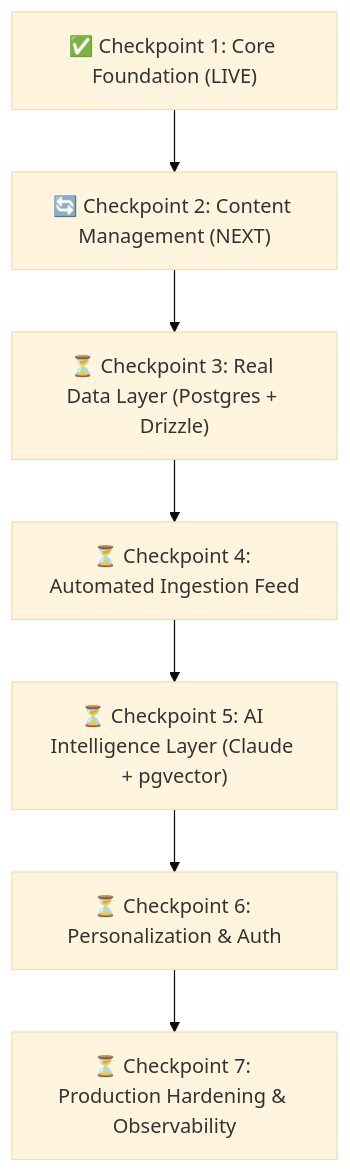
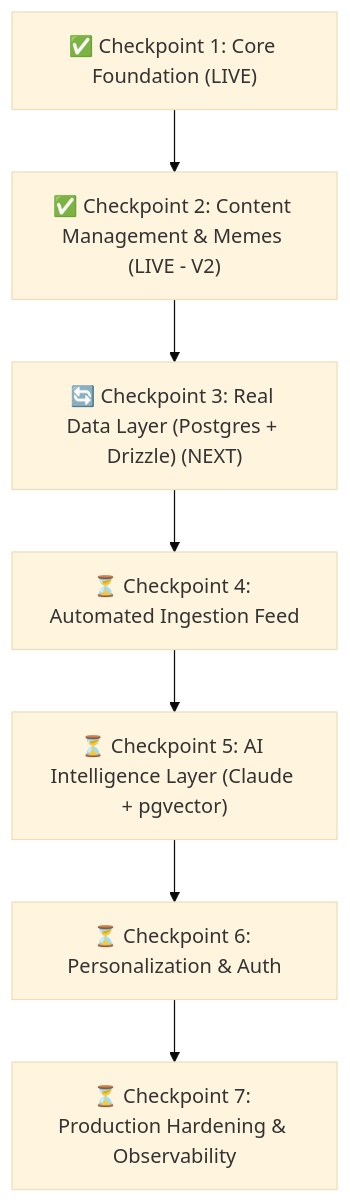
One commit to Ashish73653/promptNprod changed the diagram in ROADMAP_AND_STATUS.md. Above: the diagram before and after it, drawn with Mermaid (base theme). The commit also changed other lines of this file and 3 other files, not shown here.

Commit message:
chore(release): update platform version to V2 and advance roadmap checkpoints

````diff
--- a/ROADMAP_AND_STATUS.md
+++ b/ROADMAP_AND_STATUS.md
@@ -105,9 +105,9 @@
 ```mermaid
 graph TD
-    CP1["✅ Checkpoint 1: Core Foundation (LIVE)"] --> CP2["🔄 Checkpoint 2: Content Management (NEXT)"]
-    CP2 --> CP3["⏳ Checkpoint 3: Real Data Layer (Postgres + Drizzle)"]
+    CP1["✅ Checkpoint 1: Core Foundation (LIVE)"] --> CP2["✅ Checkpoint 2: Content Management & Memes (LIVE - V2)"]
+    CP2 --> CP3["🔄 Checkpoint 3: Real Data Layer (Postgres + Drizzle) (NEXT)"]
     CP3 --> CP4["⏳ Checkpoint 4: Automated Ingestion Feed"]
     CP4 --> CP5["⏳ Checkpoint 5: AI Intelligence Layer (Claude + pgvector)"]
     CP5 --> CP6["⏳ Checkpoint 6: Personalization & Auth"]
     CP6 --> CP7["⏳ Checkpoint 7: Production Hardening & Observability"]
 ```
````
